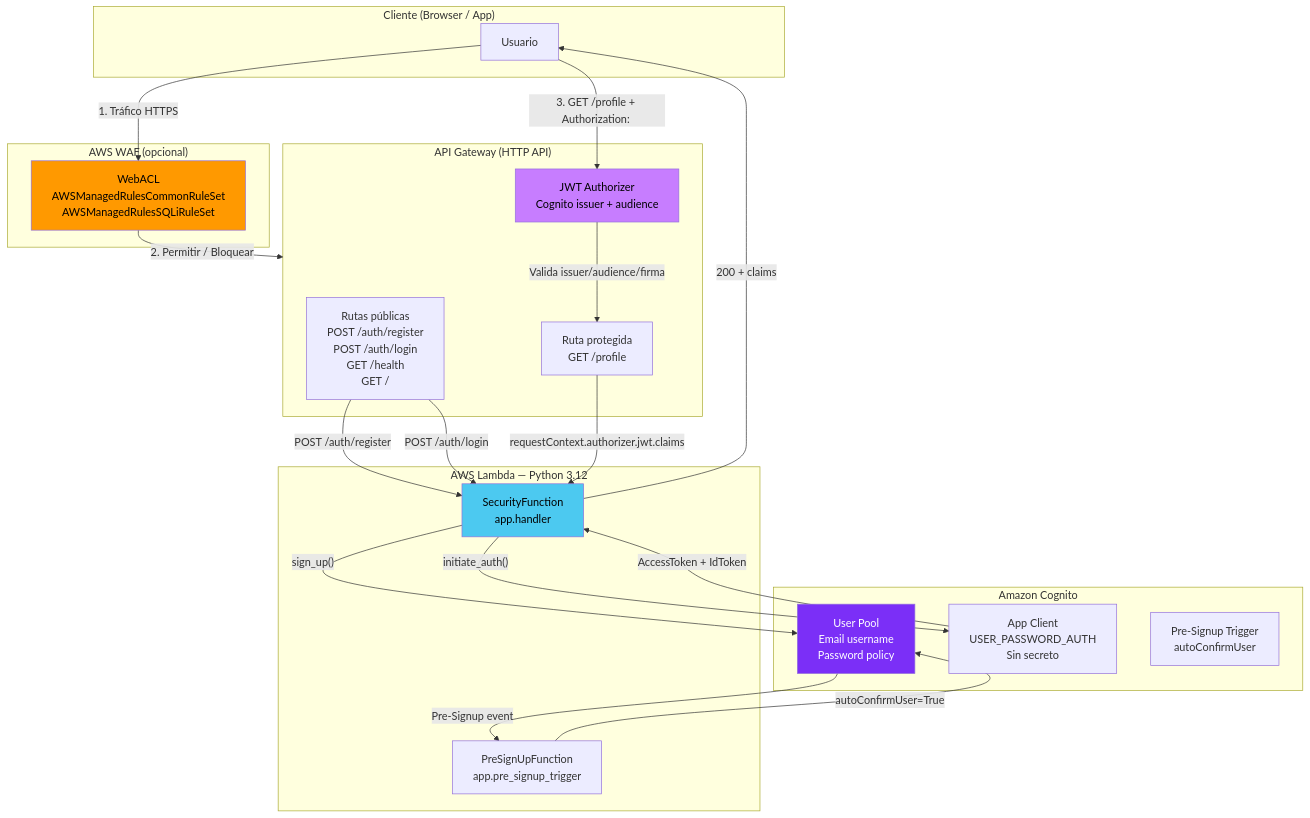
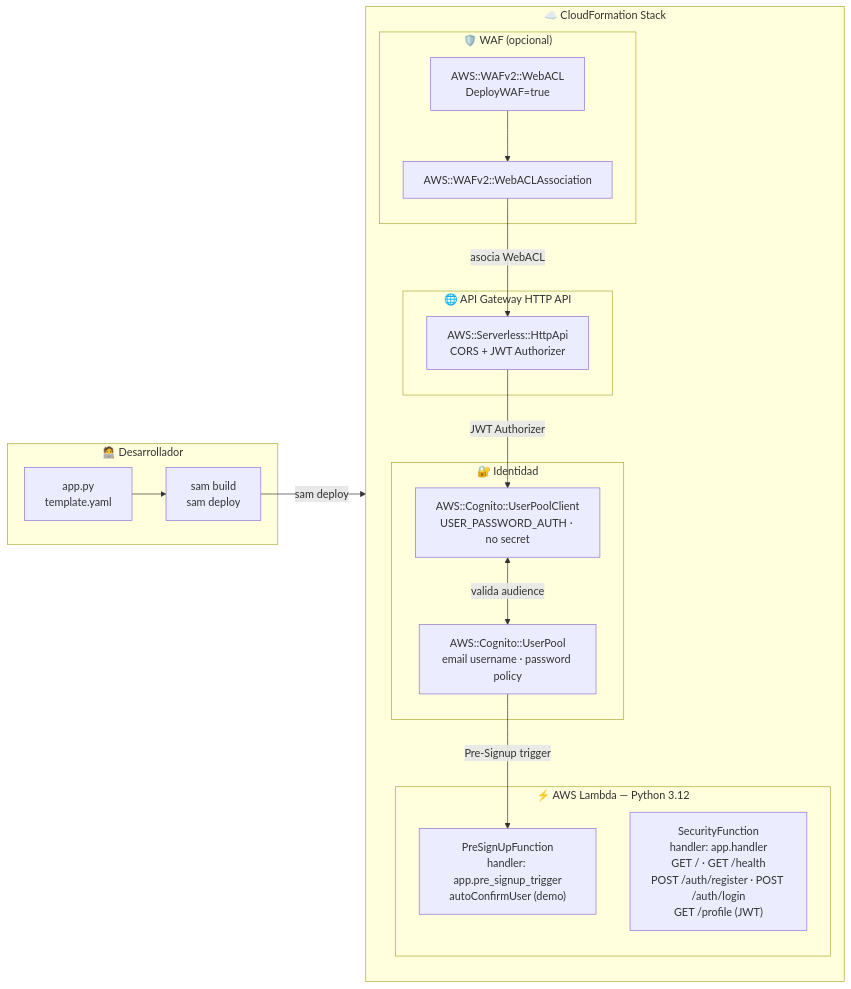
One commit to vladimiracunadev-create/proyectos-aws changed the third of 4 diagrams in caso-f-security-cognito/docs/architecture.md. Above: the diagram before and after it, drawn with Mermaid. The commit also changed other lines of this file, not shown here.

First line of the commit message:
docs(caso-f): rewrite architecture.md to match monorepo visual standard

````diff
--- a/caso-f-security-cognito/docs/architecture.md
+++ b/caso-f-security-cognito/docs/architecture.md
@@ -5,46 +109,38 @@
 ```mermaid
-flowchart TD
-    subgraph Client["Cliente (Browser / App)"]
-        U[Usuario]
+flowchart LR
+    subgraph Dev["🧑‍💻 Desarrollador"]
+        CODE["app.py<br/>template.yaml"]
+        SAM["sam build<br/>sam deploy"]
     end
 
-    subgraph WAF["AWS WAF (opcional)"]
-        W[WebACL<br/>AWSManagedRulesCommonRuleSet<br/>AWSManagedRulesSQLiRuleSet]
+    subgraph CFN["☁️ CloudFormation Stack"]
+        direction TB
+
+        subgraph Auth["🔐 Identidad"]
+            UP["AWS::Cognito::UserPool<br/>email username · password policy"]
+            UC["AWS::Cognito::UserPoolClient<br/>USER_PASSWORD_AUTH · no secret"]
+        end
+
+        subgraph APIG["🌐 API Gateway HTTP API"]
+            API["AWS::Serverless::HttpApi<br/>CORS + JWT Authorizer"]
+        end
+
+        subgraph Lambdas["⚡ AWS Lambda — Python 3.12"]
+            LM["SecurityFunction<br/>handler: app.handler<br/>GET / · GET /health<br/>POST /auth/register · POST /auth/login<br/>GET /profile (JWT)"]
+            LP["PreSignUpFunction<br/>handler: app.pre_signup_trigger<br/>autoConfirmUser (demo)"]
+        end
+
+        subgraph WAFSec["🛡️ WAF (opcional)"]
+            WACL["AWS::WAFv2::WebACL<br/>DeployWAF=true"]
+            WASSOC["AWS::WAFv2::WebACLAssociation"]
+        end
     end
 
-    subgraph APIGW["API Gateway (HTTP API)"]
-        PUB[Rutas públicas<br/>POST /auth/register<br/>POST /auth/login<br/>GET /health<br/>GET /]
-        JWT[JWT Authorizer<br/>Cognito issuer + audience]
-        PROT[Ruta protegida<br/>GET /profile]
-    end
-
-    subgraph Cognito["Amazon Cognito"]
-        UP[User Pool<br/>Email username<br/>Password policy]
-        UC[App Client<br/>USER_PASSWORD_AUTH<br/>Sin secreto]
-        TRG[Pre-Signup Trigger<br/>autoConfirmUser]
-    end
-
-    subgraph Lambda["AWS Lambda — Python 3.12"]
-        LM[SecurityFunction<br/>app.handler]
-        LP[PreSignUpFunction<br/>app.pre_signup_trigger]
-    end
-
-    U -->|"1. Tráfico HTTPS"| W
-    W -->|"2. Permitir / Bloquear"| APIGW
-    PUB -->|"POST /auth/register"| LM
-    PUB -->|"POST /auth/login"| LM
-    LM -->|"sign_up()"| UP
-    UP -->|"Pre-Signup event"| LP
-    LP -->|"autoConfirmUser=True"| UP
-    LM -->|"initiate_auth()"| UC
-    UC -->|"AccessToken + IdToken"| LM
-    U -->|"3. GET /profile + Authorization: <token>"| JWT
-    JWT -->|"Valida issuer/audience/firma"| PROT
-    PROT -->|"requestContext.authorizer.jwt.claims"| LM
-    LM -->|"200 + claims"| U
-
-    style W fill:#ff9900,color:#000
-    style JWT fill:#c77dff,color:#000
-    style UP fill:#7b2ff7,color:#fff
-    style LM fill:#4cc9f0,color:#000
+    CODE --> SAM
+    SAM -->|"sam deploy"| CFN
+    UP -->|"Pre-Signup trigger"| LP
+    API -->|"JWT Authorizer"| UC
+    UC <-->|"valida audience"| UP
+    WACL --> WASSOC
+    WASSOC -->|"asocia WebACL"| API
 ```
````
